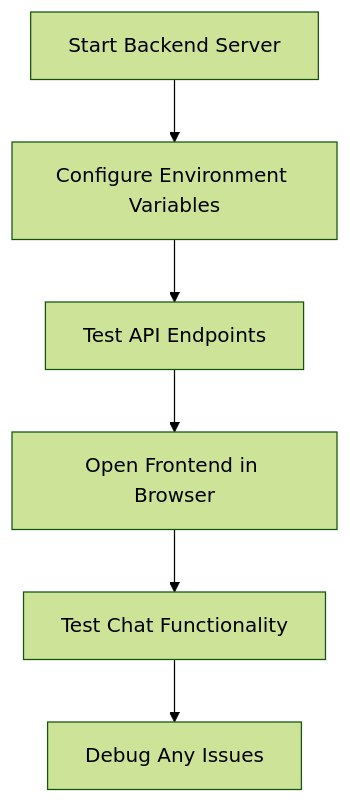
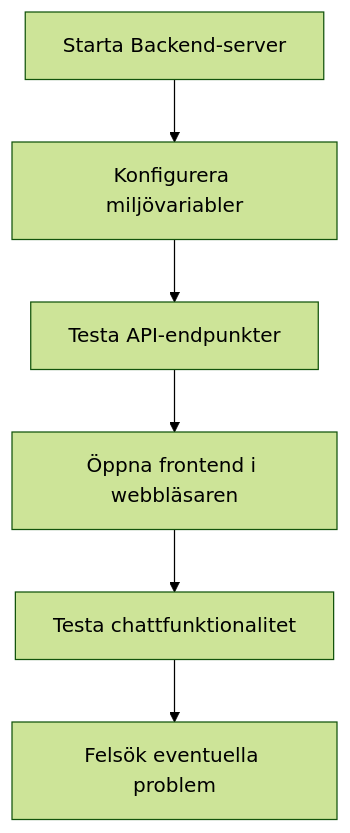
Diagram 12 of 14 in translations/sv/9-chat-project/README.md (microsoft/Web-Dev-For-Beginners), drawn with Mermaid (forest theme) before and after one commit. The commit also changed other lines of this file and 99 other files, not shown here.

````diff
--- a/translations/sv/9-chat-project/README.md
+++ b/translations/sv/9-chat-project/README.md
@@ -1814,8 +2011,8 @@
 ```mermaid
 graph TD
-    A[Start Backend Server] --> B[Configure Environment Variables]
-    B --> C[Test API Endpoints]
-    C --> D[Open Frontend in Browser]
-    D --> E[Test Chat Functionality]
-    E --> F[Debug Any Issues]
+    A[Starta Backend-server] --> B[Konfigurera miljövariabler]
+    B --> C[Testa API-endpunkter]
+    C --> D[Öppna frontend i webbläsaren]
+    D --> E[Testa chattfunktionalitet]
+    E --> F[Felsök eventuella problem]
 ```
````
